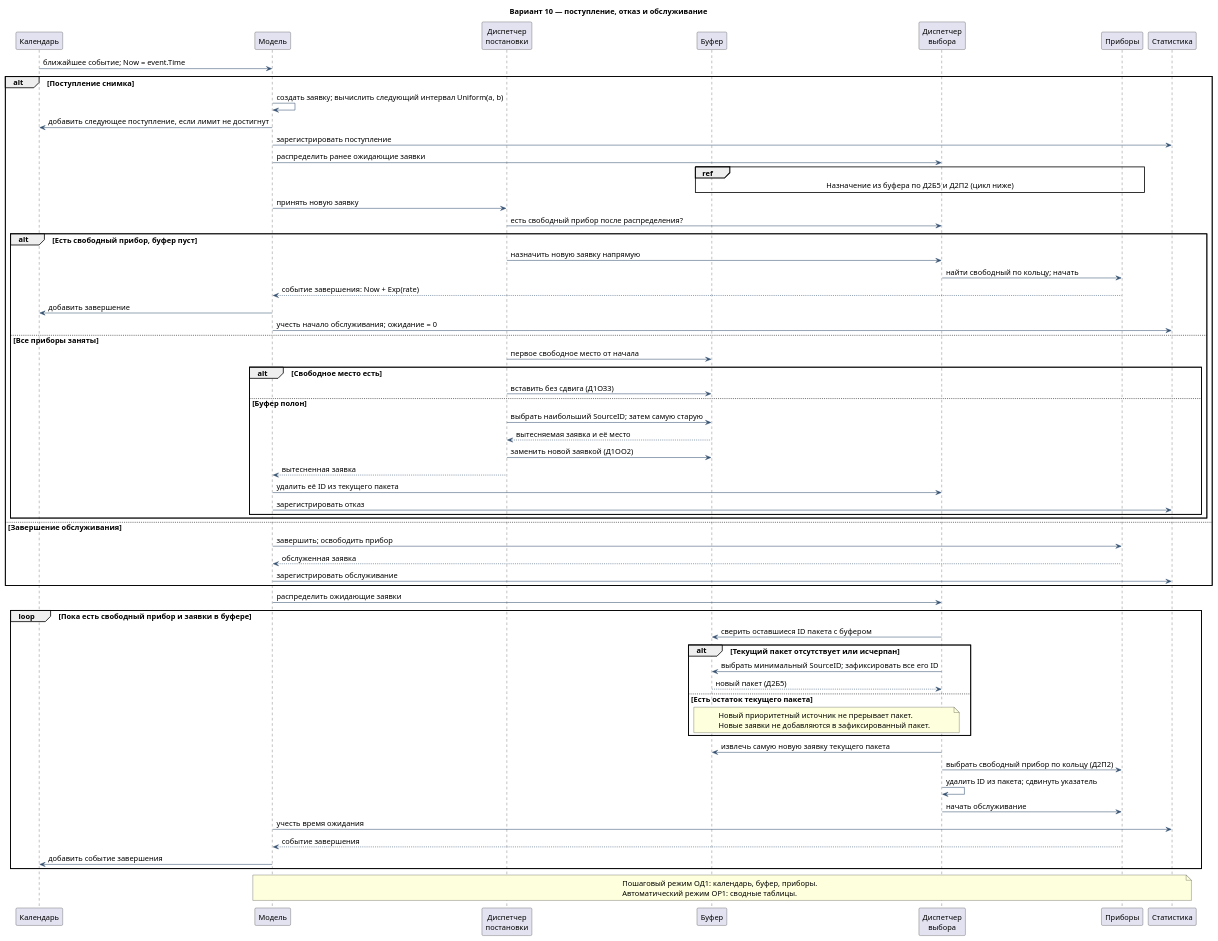
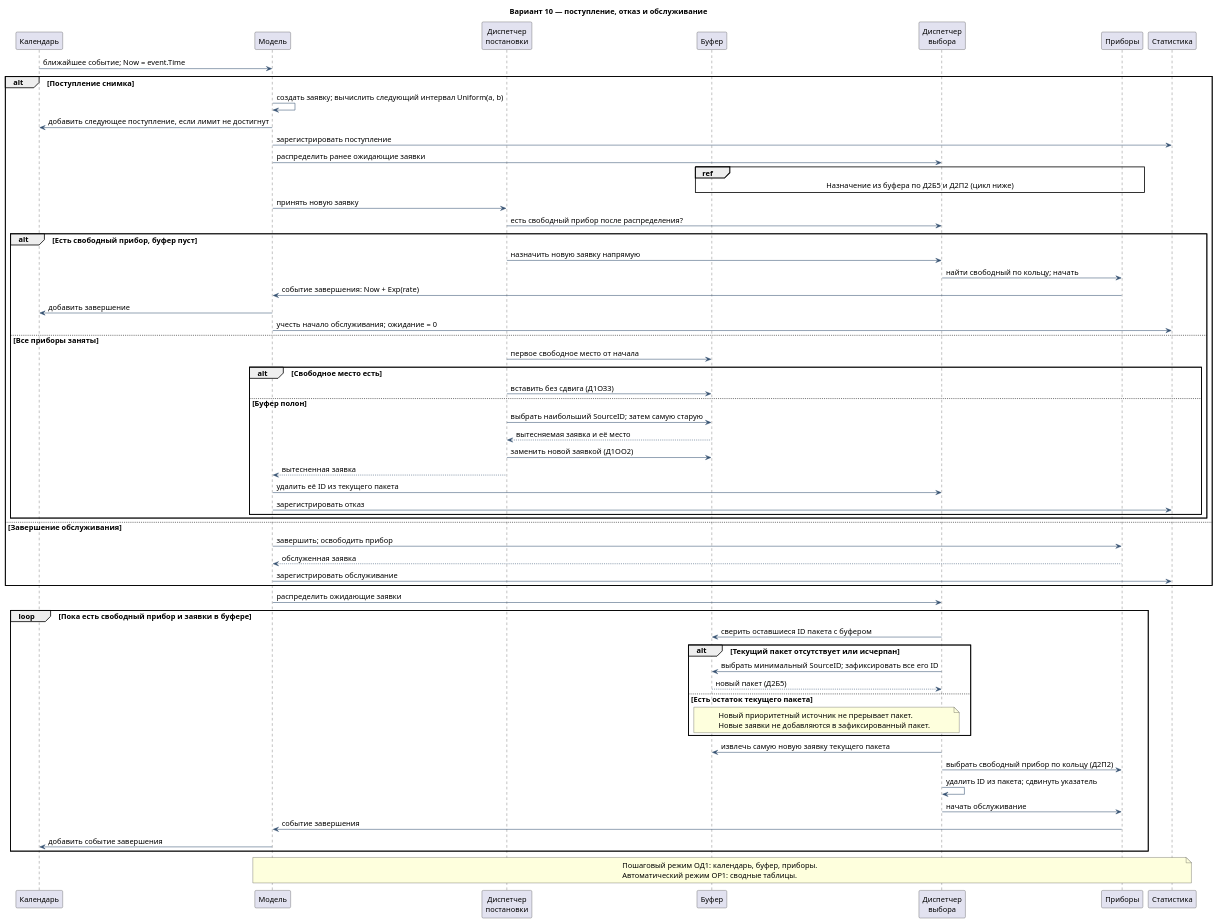
Before and after one commit to MeguruMacabre/aps-variant-10: the diagram in docs/diagrams/sequence.puml, drawn with PlantUML. The commit also changed 2 other files, not shown here.

```diff
--- a/docs/diagrams/sequence.puml
+++ b/docs/diagrams/sequence.puml
@@ -1,68 +1,67 @@
 @startuml
 skinparam backgroundColor white
 skinparam defaultFontName SansSerif
 skinparam defaultFontSize 14
 skinparam shadowing false
 skinparam ArrowColor #355070
 skinparam classBackgroundColor #EEF4FA
 skinparam classBorderColor #355070
 title Вариант 10 — поступление, отказ и обслуживание
 participant "Календарь" as C
 participant "Модель" as S
 participant "Диспетчер\nпостановки" as P
 participant "Буфер" as B
 participant "Диспетчер\nвыбора" as V
 participant "Приборы" as D
 participant "Статистика" as T
 C -> S : ближайшее событие; Now = event.Time
 alt Поступление снимка
   S -> S : создать заявку; вычислить следующий интервал Uniform(a, b)
   S -> C : добавить следующее поступление, если лимит не достигнут
   S -> T : зарегистрировать поступление
   S -> V : распределить ранее ожидающие заявки
   ref over B,D : Назначение из буфера по Д2Б5 и Д2П2 (цикл ниже)
   S -> P : принять новую заявку
   P -> V : есть свободный прибор после распределения?
   alt Есть свободный прибор, буфер пуст
     P -> V : назначить новую заявку напрямую
     V -> D : найти свободный по кольцу; начать
-    D --> S : событие завершения: Now + Exp(rate)
+    D -> S : событие завершения: Now + Exp(rate)
     S -> C : добавить завершение
     S -> T : учесть начало обслуживания; ожидание = 0
   else Все приборы заняты
     P -> B : первое свободное место от начала
     alt Свободное место есть
       P -> B : вставить без сдвига (Д1ОЗ3)
     else Буфер полон
       P -> B : выбрать наибольший SourceID; затем самую старую
       B --> P : вытесняемая заявка и её место
       P -> B : заменить новой заявкой (Д1ОО2)
       P --> S : вытесненная заявка
       S -> V : удалить её ID из текущего пакета
       S -> T : зарегистрировать отказ
     end
   end
 else Завершение обслуживания
   S -> D : завершить; освободить прибор
   D --> S : обслуженная заявка
   S -> T : зарегистрировать обслуживание
 end
 S -> V : распределить ожидающие заявки
 loop Пока есть свободный прибор и заявки в буфере
   V -> B : сверить оставшиеся ID пакета с буфером
   alt Текущий пакет отсутствует или исчерпан
     V -> B : выбрать минимальный SourceID; зафиксировать все его ID
     B --> V : новый пакет (Д2Б5)
   else Есть остаток текущего пакета
     note over B,V : Новый приоритетный источник не прерывает пакет.\nНовые заявки не добавляются в зафиксированный пакет.
   end
   V -> B : извлечь самую новую заявку текущего пакета
   V -> D : выбрать свободный прибор по кольцу (Д2П2)
   V -> V : удалить ID из пакета; сдвинуть указатель
   V -> D : начать обслуживание
-  S -> T : учесть время ожидания
-  D --> S : событие завершения
+  D -> S : событие завершения
   S -> C : добавить событие завершения
 end
 note over S,T : Пошаговый режим ОД1: календарь, буфер, приборы.\nАвтоматический режим ОР1: сводные таблицы.
 @enduml
```
